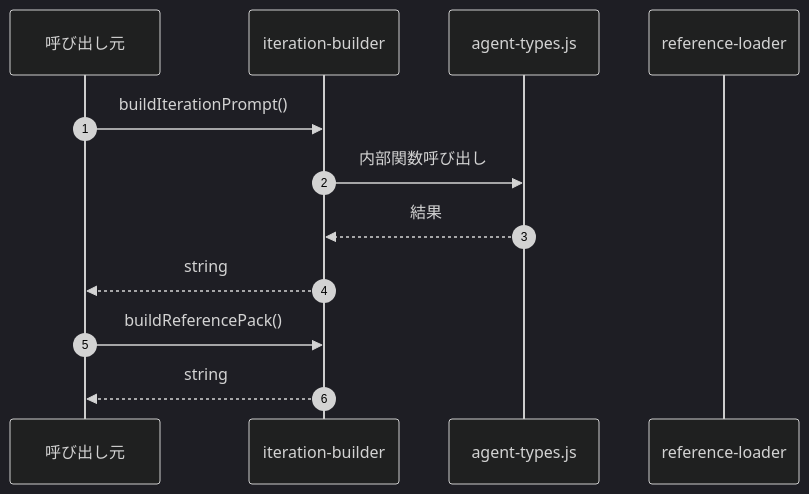
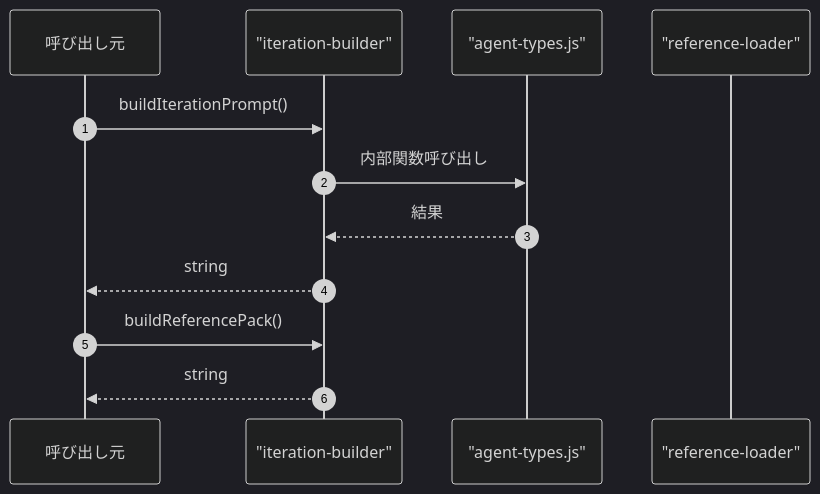
The fourth of 4 diagrams in ABDD/.pi/extensions/loop/iteration-builder.md (Mekann2904/mekann), drawn with Mermaid (dark theme) before and after one commit. The commit also changed other lines of this file and 152 other files, not shown here.

First line of the commit message:
fix: Mermaid図のラベル内の特殊文字をエスケープする

````diff
--- a/ABDD/.pi/extensions/loop/iteration-builder.md
+++ b/ABDD/.pi/extensions/loop/iteration-builder.md
@@ -93,16 +93,16 @@
 ```mermaid
 sequenceDiagram
   autonumber
   participant Caller as 呼び出し元
-  participant iteration_builder as iteration-builder
-  participant agent_types_js as agent-types.js
-  participant reference_loader as reference-loader
+  participant iteration_builder as "iteration-builder"
+  participant agent_types_js as "agent-types.js"
+  participant reference_loader as "reference-loader"
 
   Caller->>iteration_builder: buildIterationPrompt()
   iteration_builder->>agent_types_js: 内部関数呼び出し
   agent_types_js-->>iteration_builder: 結果
   iteration_builder-->>Caller: string
 
   Caller->>iteration_builder: buildReferencePack()
   iteration_builder-->>Caller: string
 ```
````
